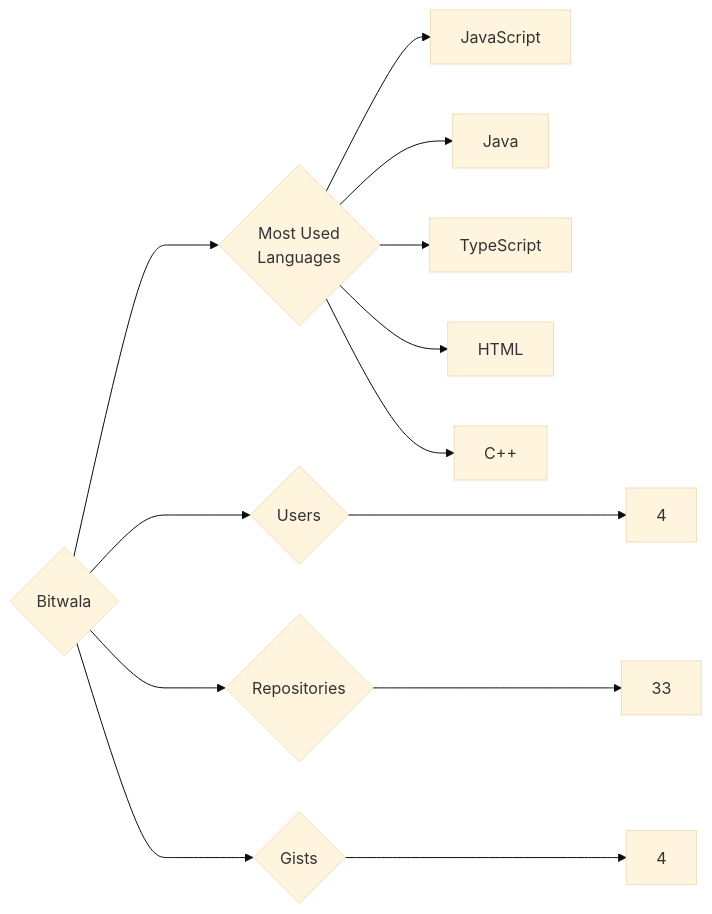
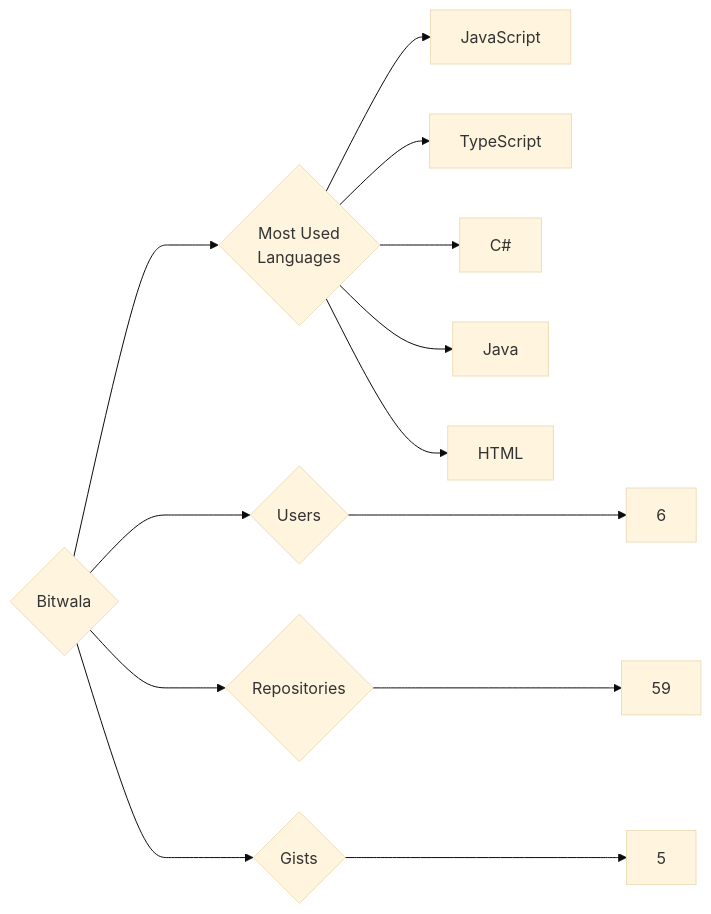
The diagram in targets/Bitwala/README.md (trickest/insiders), drawn with Mermaid (base theme) before and after one commit. The commit also changed 880 other files, not shown here.

````diff
--- a/targets/Bitwala/README.md
+++ b/targets/Bitwala/README.md
@@ -3,13 +3,13 @@
 ```mermaid
 graph LR
 COMPANY_NAME{Bitwala}
-COMPANY_NAME ---> U{Users} ---> UN[4]
-COMPANY_NAME ---> R{Repositories} ---> RN[33]
-COMPANY_NAME ---> G{Gists} ---> GN[4]
+COMPANY_NAME ---> U{Users} ---> UN[6]
+COMPANY_NAME ---> R{Repositories} ---> RN[59]
+COMPANY_NAME ---> G{Gists} ---> GN[5]
 COMPANY_NAME ---> ML{Most Used<br>Languages}
 ML --> JavaScript[JavaScript]
+ML --> TypeScript[TypeScript]
+ML --> C#[C#]
 ML --> Java[Java]
-ML --> TypeScript[TypeScript]
 ML --> HTML[HTML]
-ML --> C++[C++]
 ```
````
